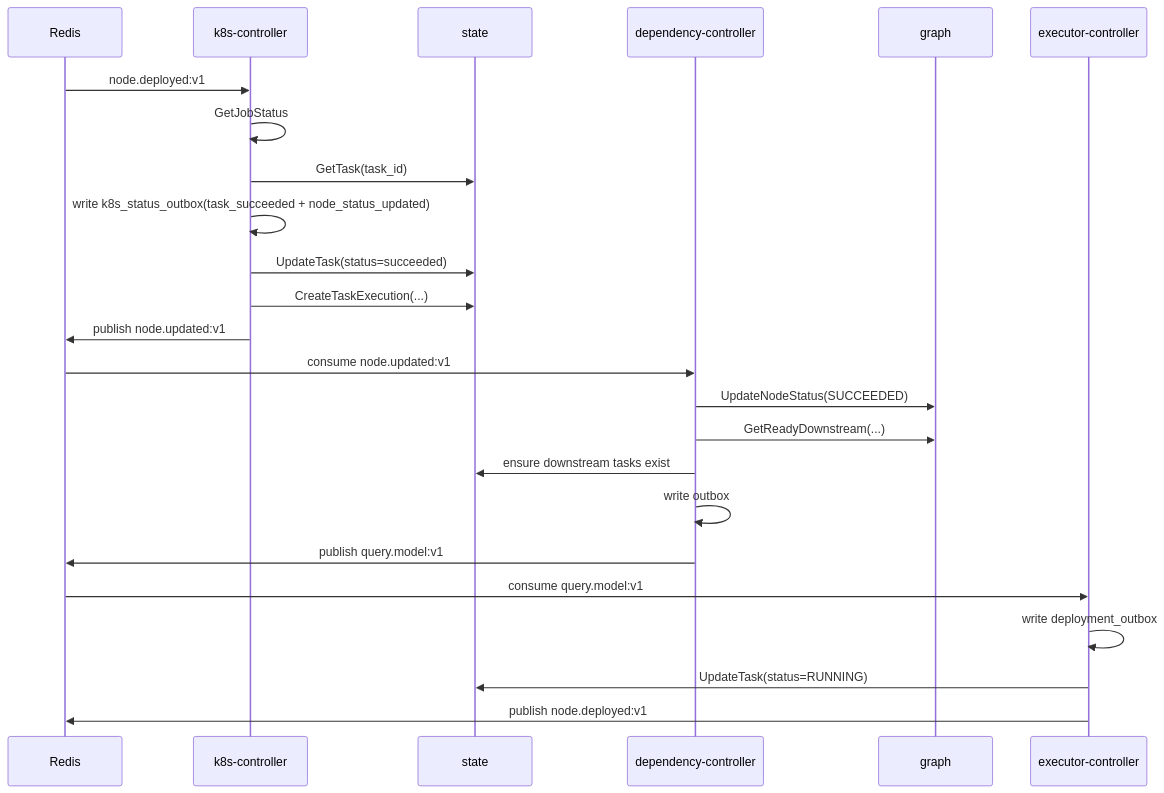
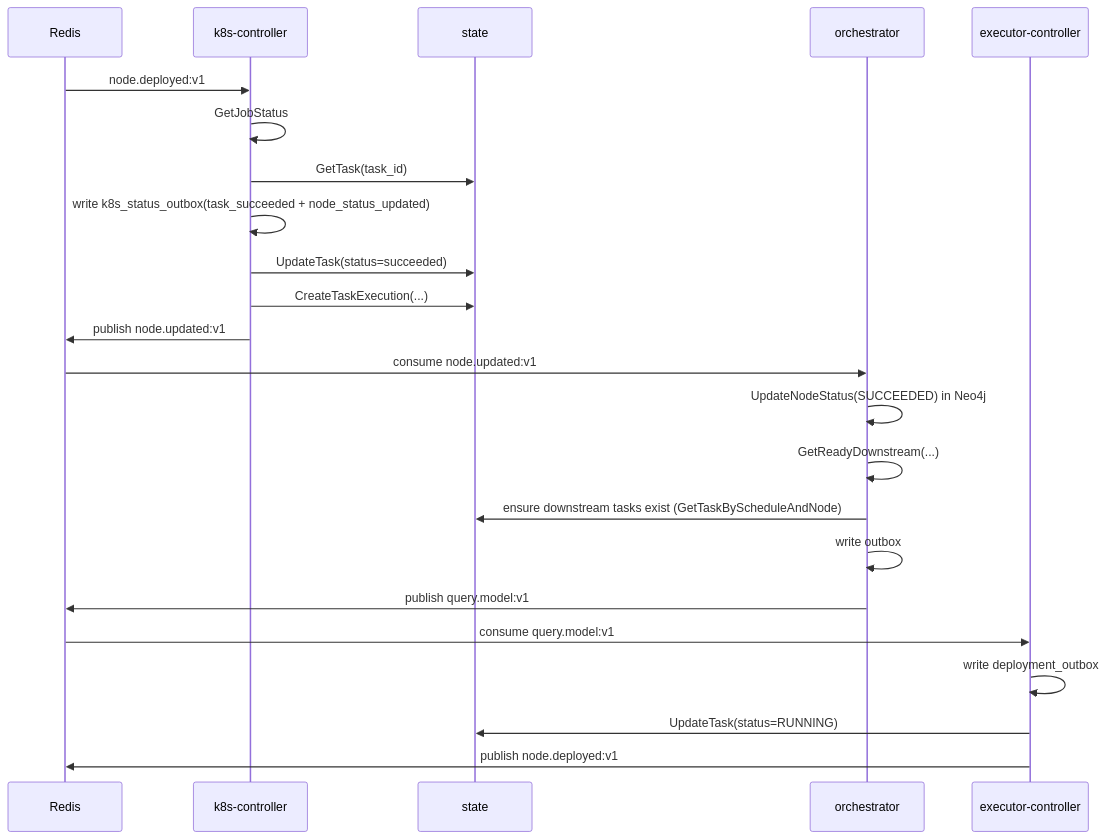
One commit to carolsimone/continuo changed the second of 5 diagrams in docs/arch/03-sequence-flows.md. Above: the diagram before and after it, drawn with Mermaid. The commit also changed other lines of this file and 108 other files, not shown here.

First line of the commit message:
refactor: delete graph and dependency-controller, replace with orchestrator

````diff
--- a/docs/arch/03-sequence-flows.md
+++ b/docs/arch/03-sequence-flows.md
@@ -37,29 +39,28 @@
 ```mermaid
 sequenceDiagram
   participant R as Redis
   participant KC as k8s-controller
   participant ST as state
-  participant DC as dependency-controller
-  participant GR as graph
+  participant OR as orchestrator
   participant EC as executor-controller
 
   R->>KC: node.deployed:v1
   KC->>KC: GetJobStatus
   KC->>ST: GetTask(task_id)
   KC->>KC: write k8s_status_outbox(task_succeeded + node_status_updated)
   KC->>ST: UpdateTask(status=succeeded)
   KC->>ST: CreateTaskExecution(...)
   KC->>R: publish node.updated:v1
 
-  R->>DC: consume node.updated:v1
-  DC->>GR: UpdateNodeStatus(SUCCEEDED)
-  DC->>GR: GetReadyDownstream(...)
-  DC->>ST: ensure downstream tasks exist
-  DC->>DC: write outbox
-  DC->>R: publish query.model:v1
+  R->>OR: consume node.updated:v1
+  OR->>OR: UpdateNodeStatus(SUCCEEDED) in Neo4j
+  OR->>OR: GetReadyDownstream(...)
+  OR->>ST: ensure downstream tasks exist (GetTaskByScheduleAndNode)
+  OR->>OR: write outbox
+  OR->>R: publish query.model:v1
 
   R->>EC: consume query.model:v1
   EC->>EC: write deployment_outbox
   EC->>ST: UpdateTask(status=RUNNING)
   EC->>R: publish node.deployed:v1
 ```
````
